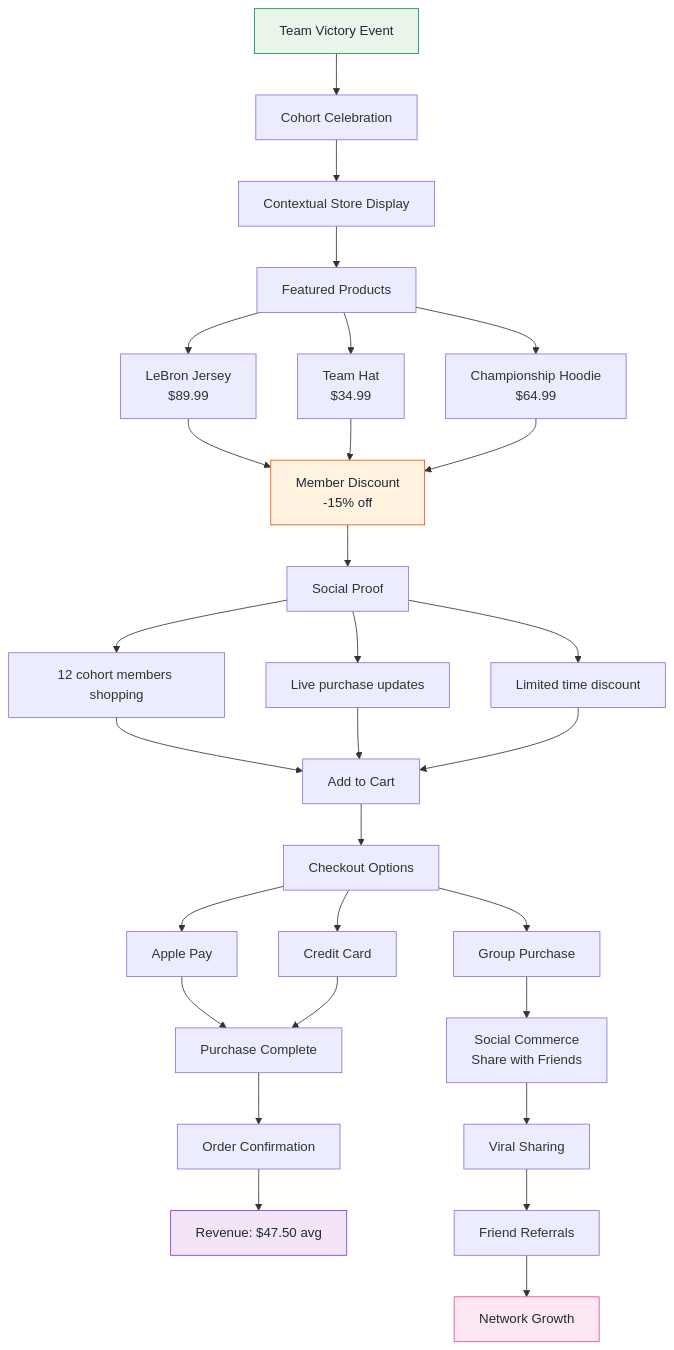
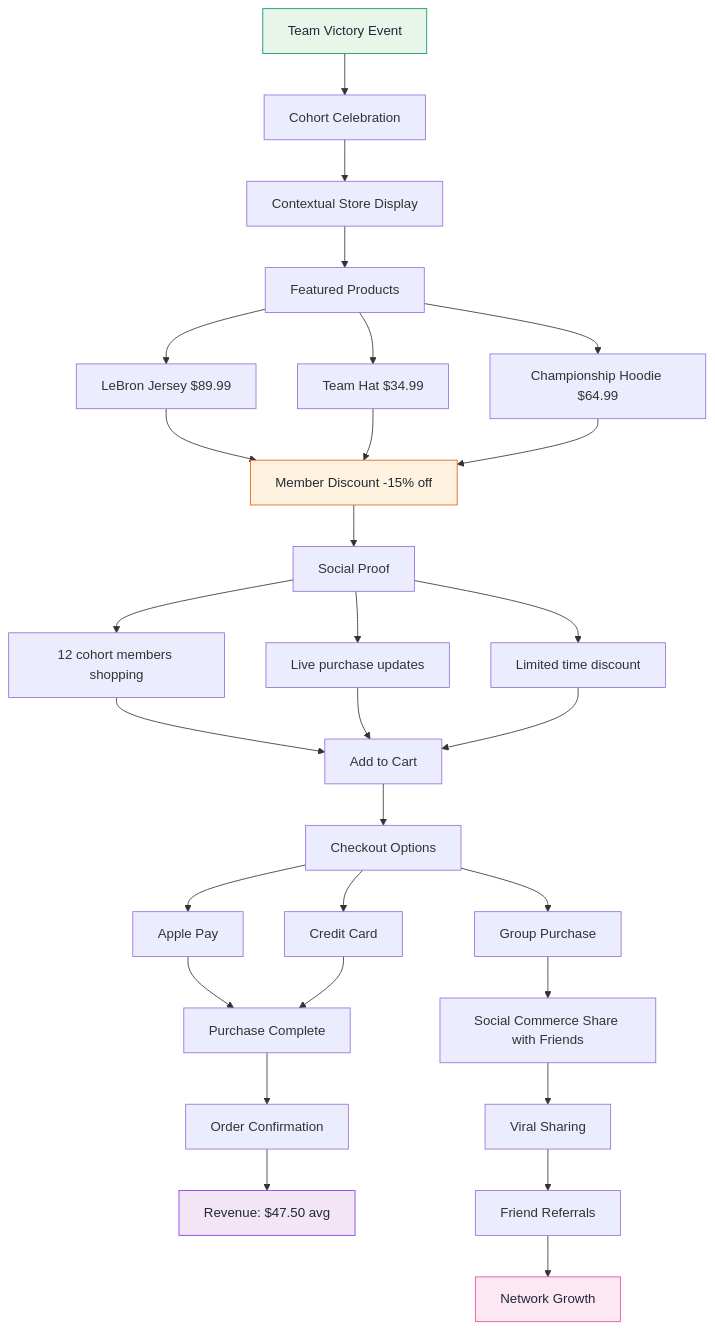
One commit to SkaFld-Ignite/ref-u-wireframes changed the sixth of 9 diagrams in docs/investor-flows.md. Above: the diagram before and after it, drawn with Mermaid. The commit also changed other lines of this file, not shown here.

Commit message:
Fix Mermaid parse error: Remove HTML tags and special characters causing parsing issues

````diff
--- a/docs/investor-flows.md
+++ b/docs/investor-flows.md
@@ -240,44 +240,44 @@
 ```mermaid
 graph TD
     A[Team Victory Event] --> B[Cohort Celebration]
     B --> C[Contextual Store Display]
     
     C --> D[Featured Products]
-    D --> E1[LeBron Jersey<br/>$89.99]
-    D --> E2[Team Hat<br/>$34.99]
-    D --> E3[Championship Hoodie<br/>$64.99]
+    D --> E1[LeBron Jersey $89.99]
+    D --> E2[Team Hat $34.99]
+    D --> E3[Championship Hoodie $64.99]
     
-    E1 --> F[Member Discount<br/>-15% off]
+    E1 --> F[Member Discount -15% off]
     E2 --> F
     E3 --> F
     
     F --> G[Social Proof]
     G --> H1[12 cohort members shopping]
     G --> H2[Live purchase updates]
     G --> H3[Limited time discount]
     
     H1 --> I[Add to Cart]
     H2 --> I
     H3 --> I
     
     I --> J[Checkout Options]
     J --> K1[Apple Pay]
     J --> K2[Credit Card]
     J --> K3[Group Purchase]
     
     K1 --> L[Purchase Complete]
     K2 --> L
-    K3 --> M[Social Commerce<br/>Share with Friends]
+    K3 --> M[Social Commerce Share with Friends]
     
     L --> N[Order Confirmation]
     N --> O[Revenue: $47.50 avg]
     
     M --> P[Viral Sharing]
     P --> Q[Friend Referrals]
     Q --> R[Network Growth]
     
     style A fill:#e8f5e8,stroke:#059669,color:#1f2937
     style F fill:#fff3e0,stroke:#ea580c,color:#1f2937
     style O fill:#f3e5f5,stroke:#7c3aed,color:#1f2937
     style R fill:#fce7f3,stroke:#ec4899,color:#1f2937
 ```
````
